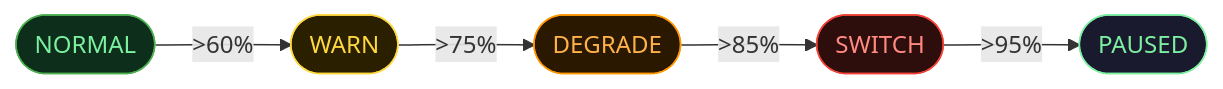
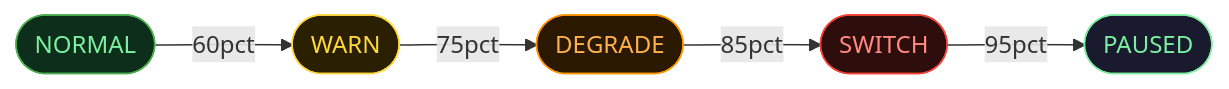
One commit to RazvanGabrielNiculae/picasso-claude-design-claude-code-bridge-loop changed the sixth of 9 diagrams in README.md. Above: the diagram before and after it, drawn with Mermaid. The commit also changed other lines of this file, not shown here.

First line of the commit message:
fix: resolve all remaining Mermaid render errors

````diff
--- a/README.md
+++ b/README.md
@@ -303,10 +303,10 @@
 ```mermaid
 flowchart LR
-    N([NORMAL]) -- ">60%" --> W([WARN]) -- ">75%" --> D([DEGRADE]) -- ">85%" --> SW([SWITCH]) -- ">95%" --> P([PAUSED])
+    N([NORMAL]) -- "60pct" --> W([WARN]) -- "75pct" --> D([DEGRADE]) -- "85pct" --> SW([SWITCH]) -- "95pct" --> P([PAUSED])
 
     style N fill:#0d2e1a,stroke:#4caf50,color:#7cf0a0
     style W fill:#2a2000,stroke:#ffd83d,color:#ffd83d
     style D fill:#2a1800,stroke:#ff9800,color:#ffb14a
     style SW fill:#2e0d0d,stroke:#f44336,color:#ff8a80
     style P fill:#1a1a2e,stroke:#7cf0a0,color:#7cf0a0
 ```
````
